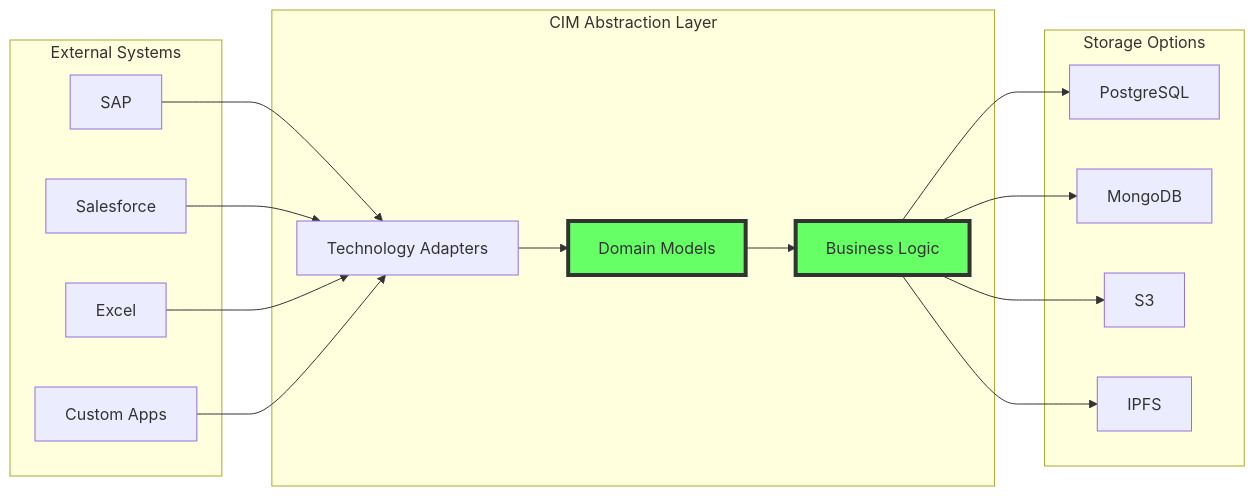
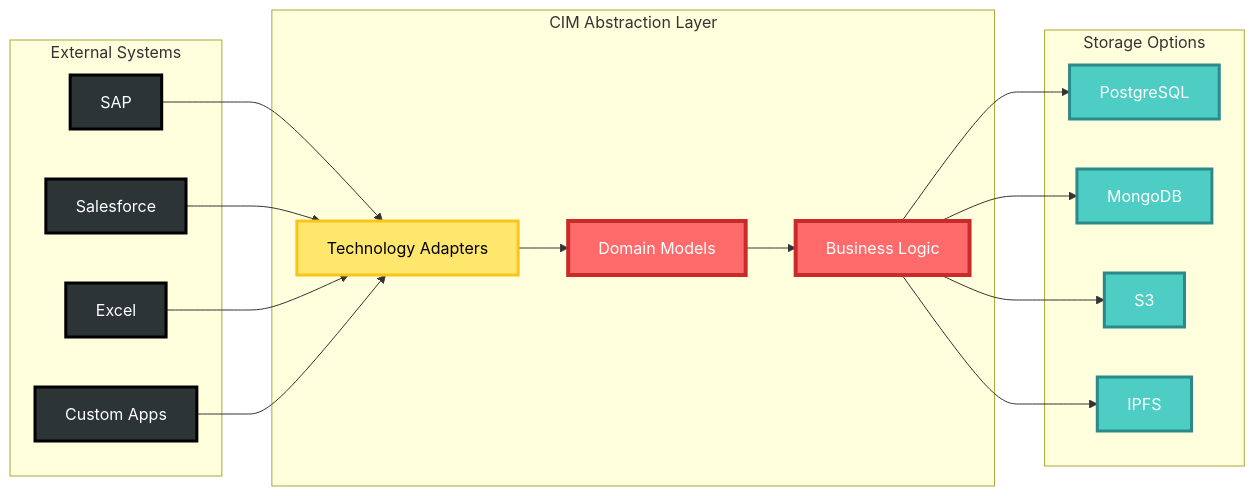
Before and after one commit to TheCowboyAI/cim: the sixth of 8 diagrams in readme.md, drawn with Mermaid. The commit also changed other lines of this file and 12 other files, not shown here.

````diff
--- a/readme.md
+++ b/readme.md
@@ -217,38 +280,48 @@
 ```mermaid
 graph LR
     subgraph "External Systems"
         A1[SAP]
         A2[Salesforce]
         A3[Excel]
         A4[Custom Apps]
     end
     
     subgraph "CIM Abstraction Layer"
         B[Technology Adapters]
         C[Domain Models]
         D[Business Logic]
     end
     
     subgraph "Storage Options"
         E1[PostgreSQL]
         E2[MongoDB]
         E3[S3]
         E4[IPFS]
     end
     
     A1 --> B
     A2 --> B
     A3 --> B
     A4 --> B
     
     B --> C
     C --> D
     
     D --> E1
     D --> E2
     D --> E3
     D --> E4
     
-    style C fill:#6f6,stroke:#333,stroke-width:4px
-    style D fill:#6f6,stroke:#333,stroke-width:4px
+    %% Styling - abstraction layer architecture
+    style A1 fill:#2D3436,stroke:#000,stroke-width:3px,color:#FFF
+    style A2 fill:#2D3436,stroke:#000,stroke-width:3px,color:#FFF
+    style A3 fill:#2D3436,stroke:#000,stroke-width:3px,color:#FFF
+    style A4 fill:#2D3436,stroke:#000,stroke-width:3px,color:#FFF
+    style B fill:#FFE66D,stroke:#FCC419,stroke-width:3px,color:#000
+    style C fill:#FF6B6B,stroke:#C92A2A,stroke-width:4px,color:#FFF
+    style D fill:#FF6B6B,stroke:#C92A2A,stroke-width:4px,color:#FFF
+    style E1 fill:#4ECDC4,stroke:#2B8A89,stroke-width:3px,color:#FFF
+    style E2 fill:#4ECDC4,stroke:#2B8A89,stroke-width:3px,color:#FFF
+    style E3 fill:#4ECDC4,stroke:#2B8A89,stroke-width:3px,color:#FFF
+    style E4 fill:#4ECDC4,stroke:#2B8A89,stroke-width:3px,color:#FFF
 ```
````
